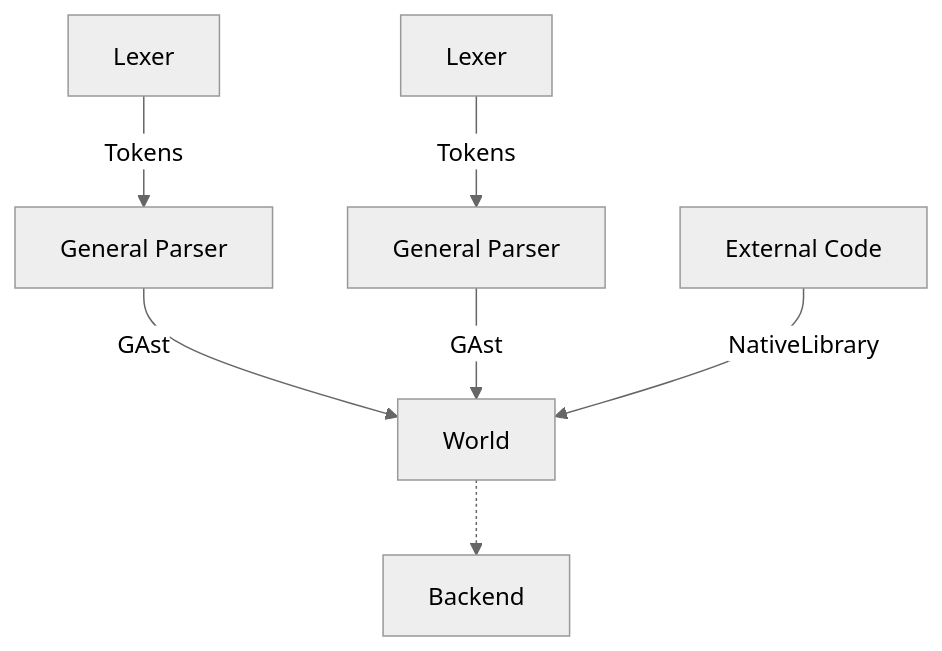
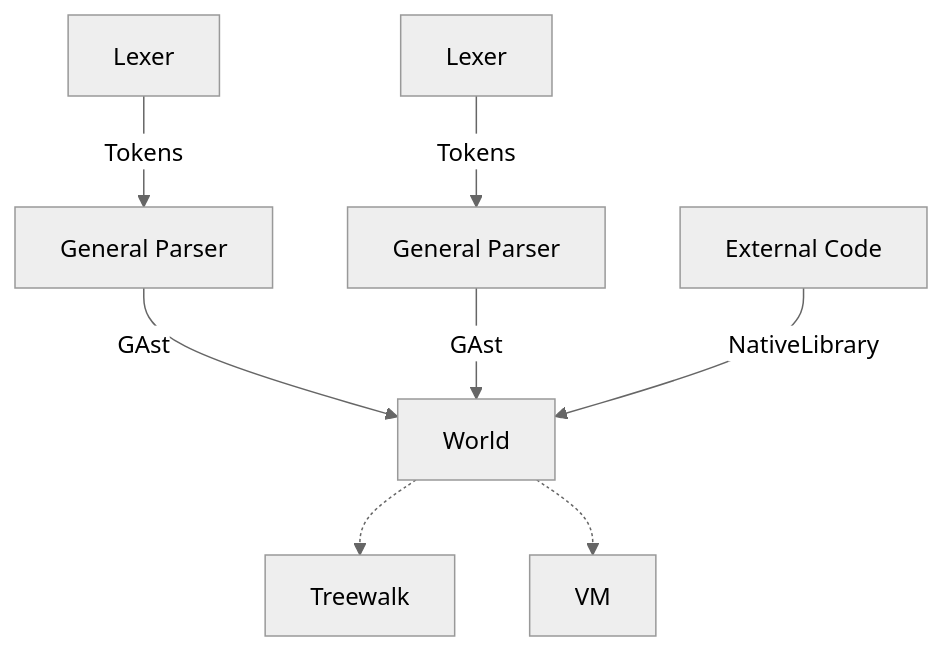
The diagram in README.md (Jengamon/magus-scheme), drawn with Mermaid (neutral theme) before and after one commit. The commit also changed other lines of this file, not shown here.

Commit message:
Write more about architecture

````diff
--- a/README.md
+++ b/README.md
@@ -7,9 +5,10 @@
 ```mermaid
 graph TD
     lex[Lexer] -->|Tokens| gparse[General Parser]
     lex2[Lexer] -->|Tokens| gparse2[General Parser]
     gparse -->|GAst| wd
     gparse2 -->|GAst| wd
     ext[External Code] --> |NativeLibrary| wd
-    wd[World] -.-> Backend
+    wd[World] -.-> Treewalk
+    wd -.-> VM
 ```
````
